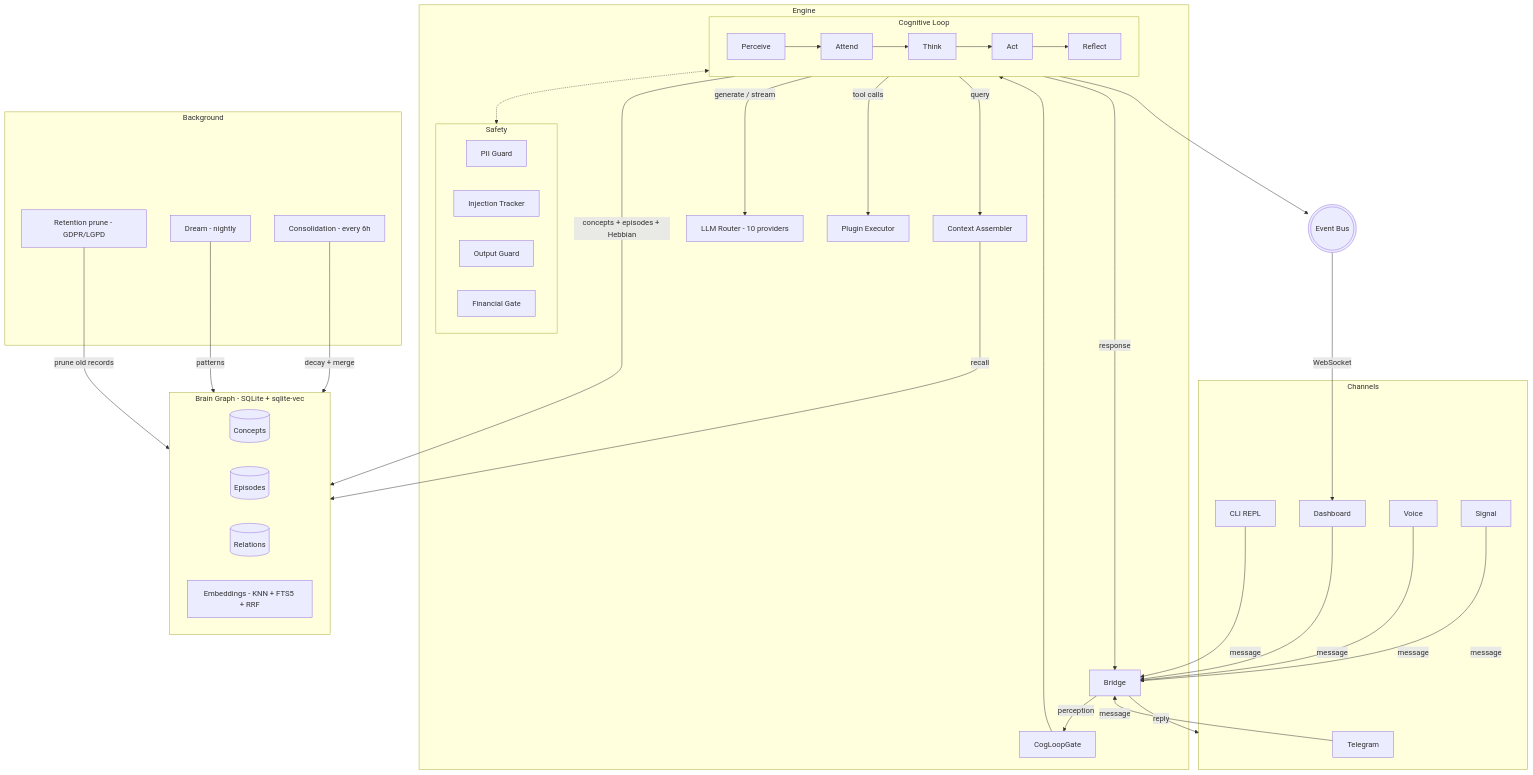
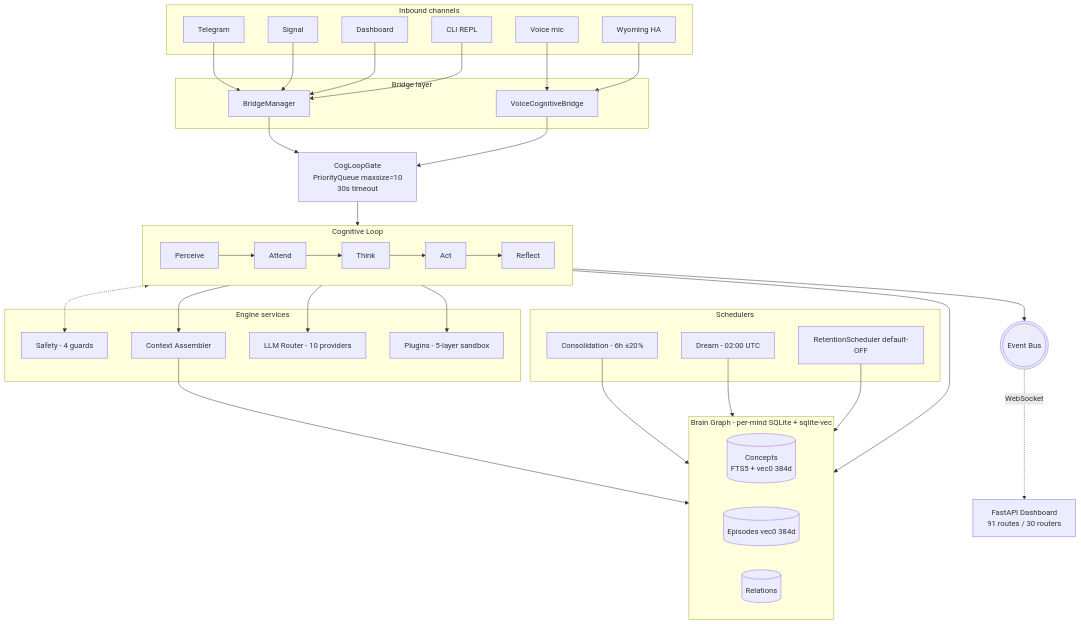
Before and after one commit to sovyx-ai/sovyx: the first of 6 diagrams in README.md, drawn with Mermaid. The commit also changed other lines of this file and 6 other files, not shown here.

````diff
--- a/README.md
+++ b/README.md
@@ -59,67 +186,48 @@
 ```mermaid
 flowchart TB
-    subgraph Channels
+    subgraph Channels["Inbound channels"]
         TG[Telegram]
         SG[Signal]
-        VX[Voice]
+        VX[Voice mic]
+        WY[Wyoming HA]
         WEB[Dashboard]
         CLI[CLI REPL]
     end
-
-    subgraph Engine
-        BR[Bridge]
-        GATE[CogLoopGate]
-
-        subgraph CognitiveLoop["Cognitive Loop"]
-            direction LR
-            P[Perceive] --> AT[Attend] --> TH[Think] --> ACT[Act] --> RF[Reflect]
-        end
-
-        subgraph Safety
-            PII[PII Guard]
-            INJ[Injection Tracker]
-            OUT[Output Guard]
-            FIN[Financial Gate]
-        end
-
+    subgraph Bridge["Bridge layer"]
+        BR[BridgeManager]
+        VCB[VoiceCognitiveBridge]
+    end
+    GATE[CogLoopGate<br/>PriorityQueue maxsize=10<br/>30s timeout]
+    subgraph CogLoop["Cognitive Loop"]
+        direction LR
+        P[Perceive] --> AT[Attend] --> TH[Think] --> ACT[Act] --> RF[Reflect]
+    end
+    subgraph Engine["Engine services"]
+        SAFETY[Safety - 4 guards]
         CTX[Context Assembler]
         LLM[LLM Router - 10 providers]
-        PLG[Plugin Executor]
+        PLG[Plugins - 5-layer sandbox]
     end
-
-    subgraph Brain["Brain Graph - SQLite + sqlite-vec"]
-        CON[(Concepts)]
-        EPI[(Episodes)]
+    subgraph Brain["Brain Graph - per-mind SQLite + sqlite-vec"]
+        CON[(Concepts<br/>FTS5 + vec0 384d)]
+        EPI[(Episodes vec0 384d)]
         REL[(Relations)]
-        EMB[Embeddings - KNN + FTS5 + RRF]
     end
-
-    subgraph Background
-        CONS[Consolidation - every 6h]
-        DREAM[Dream - nightly]
-        RET[Retention prune - GDPR/LGPD]
+    subgraph Background["Schedulers"]
+        CONS[Consolidation - 6h ±20%]
+        DREAM[Dream - 02:00 UTC]
+        RET[RetentionScheduler default-OFF]
     end
-
     EB(((Event Bus)))
-
-    TG & SG & VX & WEB & CLI -->|message| BR
-    BR -->|perception| GATE
-    GATE --> CognitiveLoop
-
-    AT <-.-> Safety
-    TH -->|query| CTX
-    CTX -->|recall| Brain
-    TH -->|generate / stream| LLM
-    ACT -->|tool calls| PLG
-    RF -->|"concepts + episodes + Hebbian"| Brain
-
-    CONS -->|decay + merge| Brain
-    DREAM -->|patterns| Brain
-    RET -->|prune old records| Brain
-
-    CognitiveLoop -->|response| BR
-    BR -->|reply| Channels
-
-    CognitiveLoop --> EB
-    EB -->|WebSocket| WEB
+    DASH[FastAPI Dashboard<br/>91 routes / 30 routers]
+    TG & SG & WEB & CLI --> BR
+    VX & WY --> VCB
+    BR & VCB --> GATE --> CogLoop
+    AT <-.-> SAFETY
+    TH --> CTX --> Brain
+    TH --> LLM
+    ACT --> PLG
+    RF --> Brain
+    CONS & DREAM & RET --> Brain
+    CogLoop --> EB -.WebSocket.-> DASH
 ```
````
